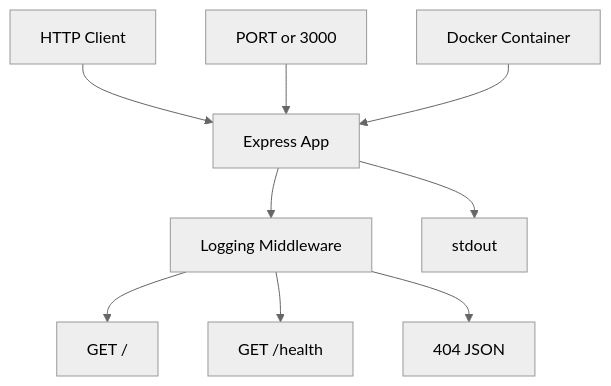
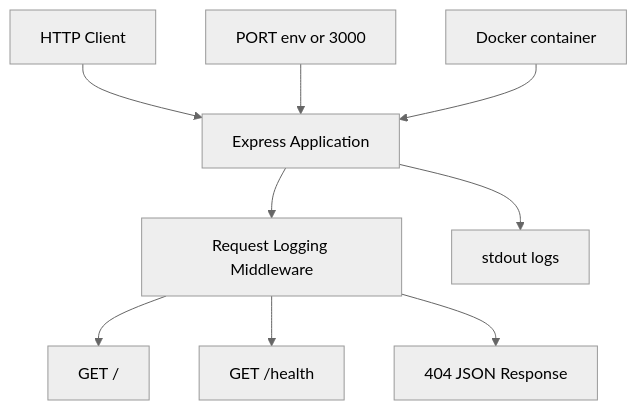
Before and after one commit to AparedezO/simple-web-app-containerized-with-docker: the diagram in README.md, drawn with Mermaid (neutral theme). The commit also changed other lines of this file, not shown here.

````diff
--- a/README.md
+++ b/README.md
@@ -154,11 +103,11 @@
 ```mermaid
 flowchart TD
-    A["HTTP Client"] --> B["Express App"]
-    B --> C["Logging Middleware"]
+    A["HTTP Client"] --> B["Express Application"]
+    B --> C["Request Logging Middleware"]
     C --> D["GET /"]
     C --> E["GET /health"]
-    C --> F["404 JSON"]
-    B --> G["stdout"]
-    H["PORT or 3000"] --> B
-    I["Docker Container"] --> B
+    C --> F["404 JSON Response"]
+    G["PORT env or 3000"] --> B
+    B --> H["stdout logs"]
+    I["Docker container"] --> B
 ```
````
